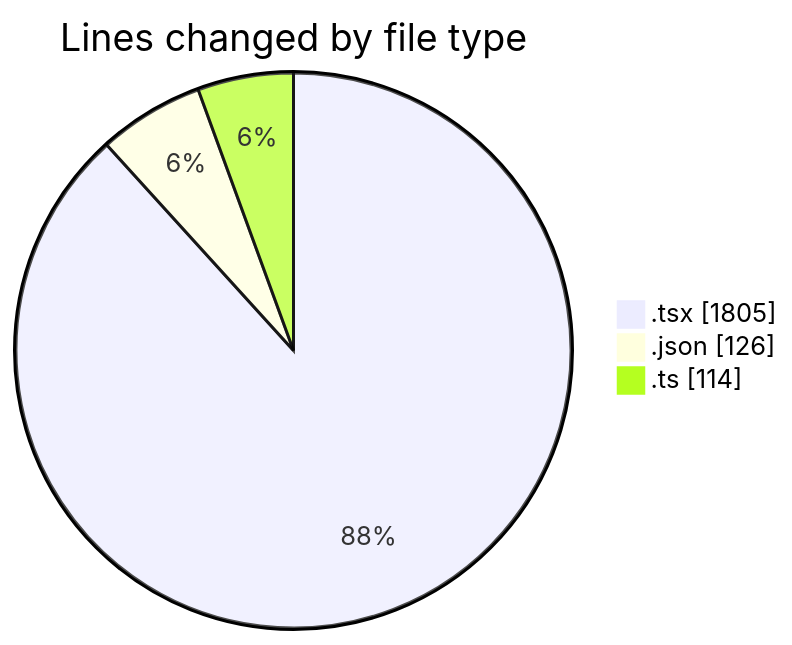
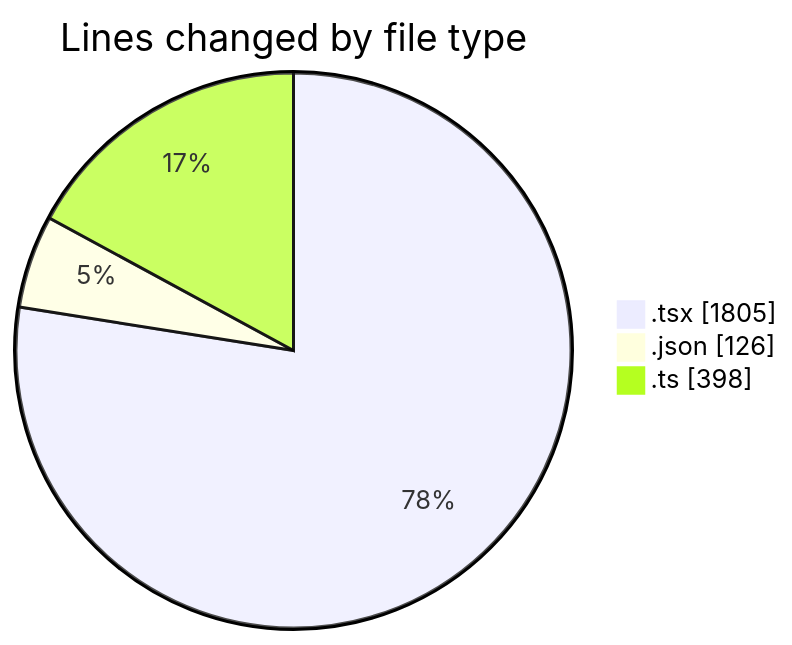
Before and after one commit to nxtqubesakshisongat/code-tracking: the first of 2 diagrams in 2026-03-30/nxtqube_webapp/README.md, drawn with Mermaid. The commit also changed other lines of this file and 1 other file, not shown here.

````diff
--- a/2026-03-30/nxtqube_webapp/README.md
+++ b/2026-03-30/nxtqube_webapp/README.md
@@ -24,7 +24,7 @@
 ```mermaid
 pie showData
 title Lines changed by file type
 ".tsx" : 1805
 ".json" : 126
-".ts" : 114
+".ts" : 398
 ```
````
